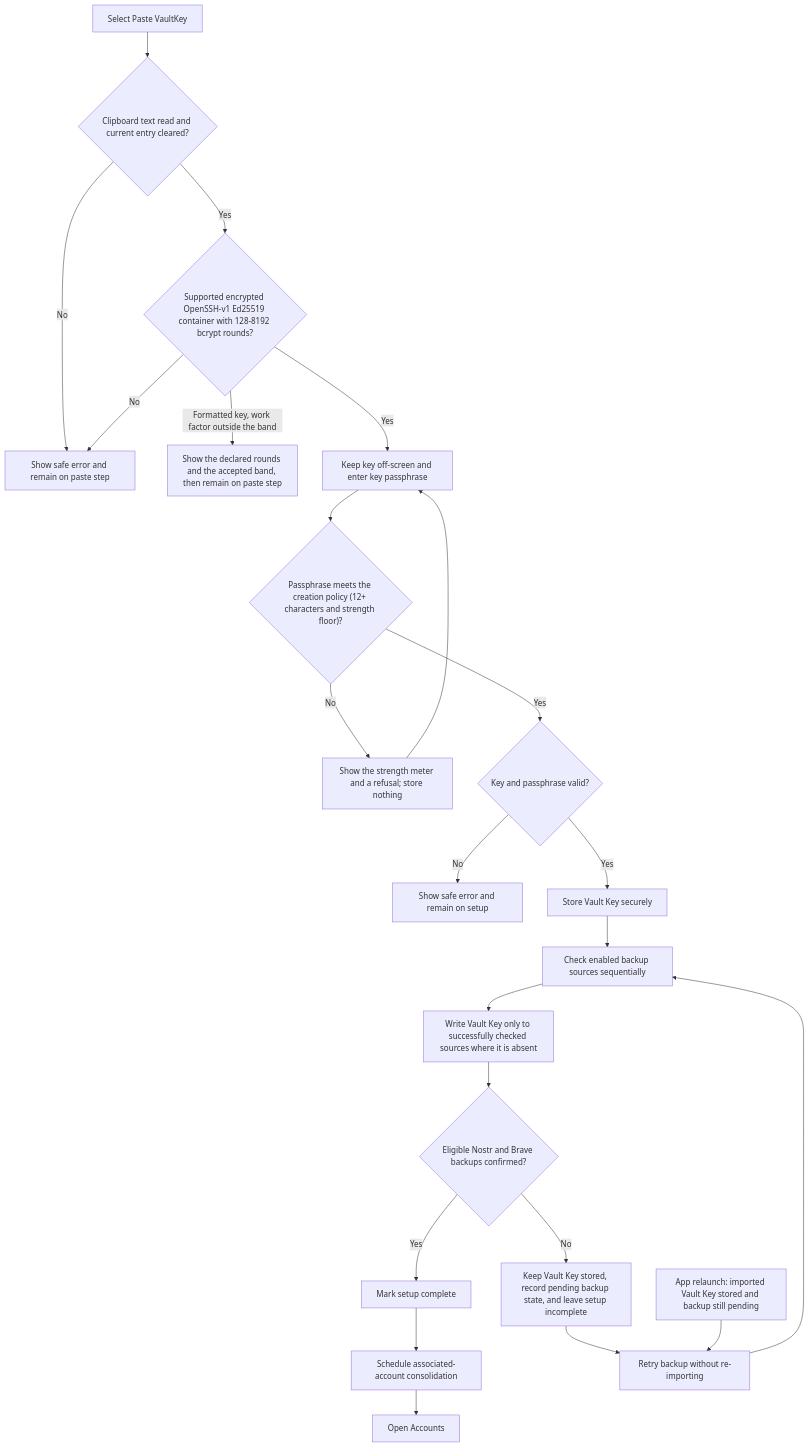
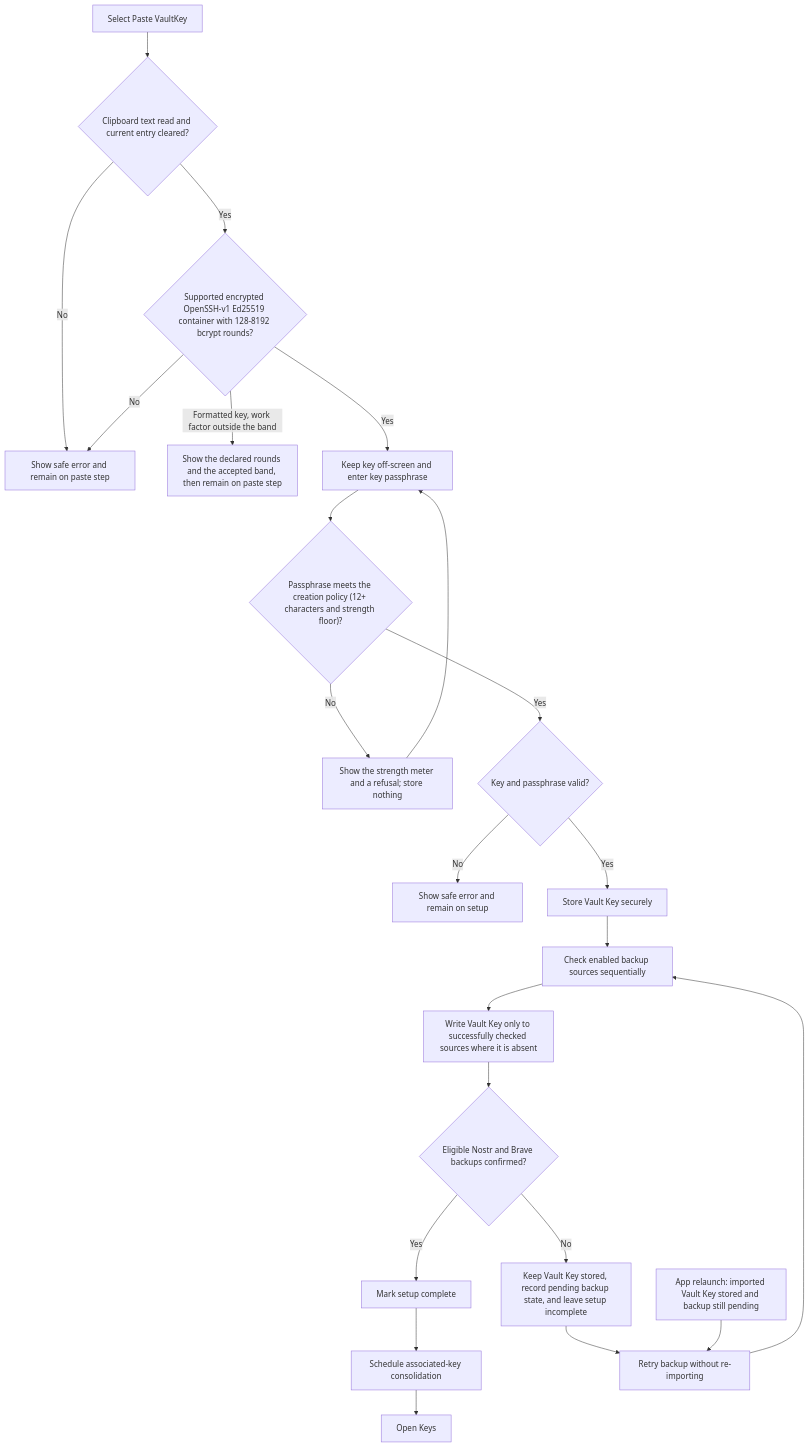
Before and after one commit to ZenTenApp/vault-kotlin: the second of 8 diagrams in docs/stakeholder/flowcharts.md, drawn with Mermaid. The commit also changed other lines of this file and 144 other files, not shown here.

First line of the commit message:
refactor: rename Account to Key across the project

````diff
--- a/docs/stakeholder/flowcharts.md
+++ b/docs/stakeholder/flowcharts.md
@@ -123,25 +123,25 @@
 ```mermaid
 flowchart TD
     Start["Select Paste VaultKey"] --> Clipboard{"Clipboard text read and current entry cleared?"}
     Clipboard -->|No| PasteError["Show safe error and remain on paste step"]
     Clipboard -->|Yes| KeyFormat{"Supported encrypted OpenSSH-v1 Ed25519 container with 128-8192 bcrypt rounds?"}
     KeyFormat -->|No| PasteError
     KeyFormat -->|Formatted key, work factor outside the band| RoundsError["Show the declared rounds and the accepted band, then remain on paste step"]
     KeyFormat -->|Yes| Passphrase["Keep key off-screen and enter key passphrase"]
     Passphrase --> Strength{"Passphrase meets the creation policy (12+ characters and strength floor)?"}
     Strength -->|No| Weak["Show the strength meter and a refusal; store nothing"]
     Weak --> Passphrase
     Strength -->|Yes| Validate{"Key and passphrase valid?"}
     Validate -->|No| Error["Show safe error and remain on setup"]
     Validate -->|Yes| Store["Store Vault Key securely"]
     Store --> Sources["Check enabled backup sources sequentially"]
     Sources --> Missing["Write Vault Key only to successfully checked sources where it is absent"]
     Missing --> Quorum{"Eligible Nostr and Brave backups confirmed?"}
     Quorum -->|Yes| Complete["Mark setup complete"]
-    Complete --> Schedule["Schedule associated-account consolidation"]
-    Schedule --> Accounts["Open Accounts"]
+    Complete --> Schedule["Schedule associated-key consolidation"]
+    Schedule --> Keys["Open Keys"]
     Quorum -->|No| Incomplete["Keep Vault Key stored, record pending backup state, and leave setup incomplete"]
     Incomplete --> Retry["Retry backup without re-importing"]
     Retry --> Sources
     Resume["App relaunch: imported Vault Key stored and backup still pending"] --> Retry
 ```
````
